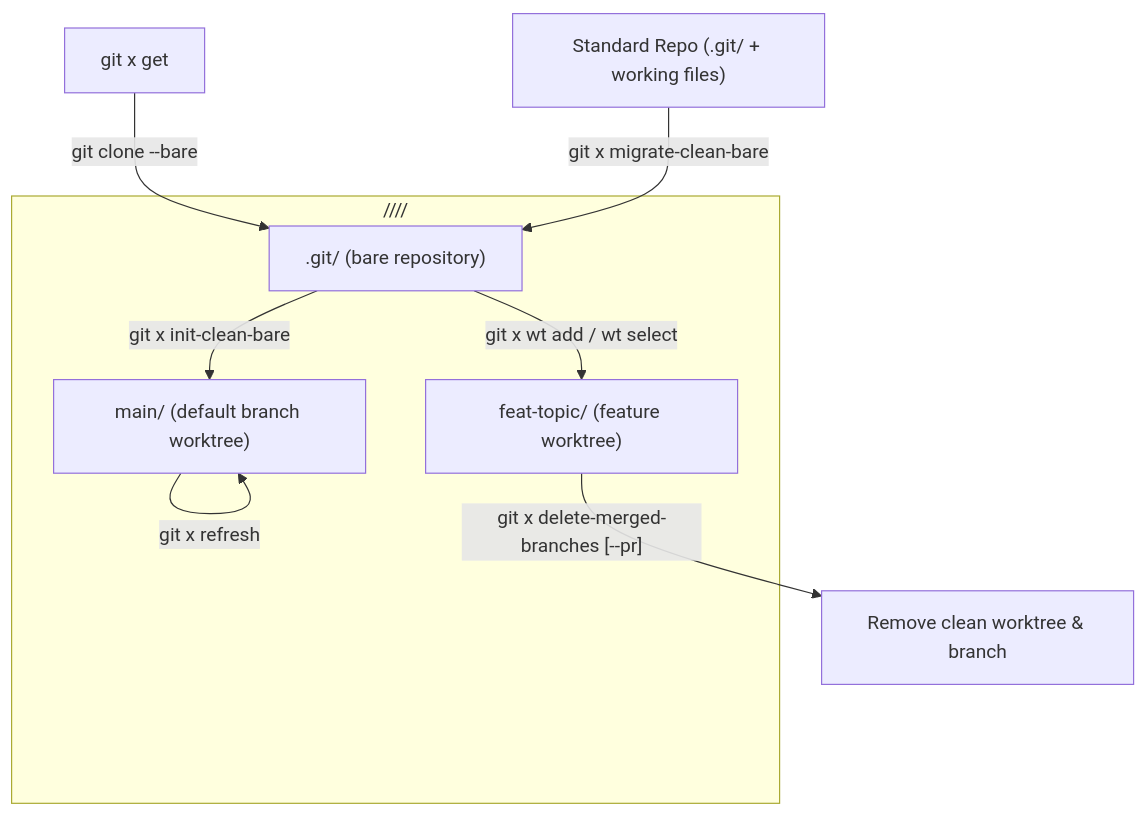
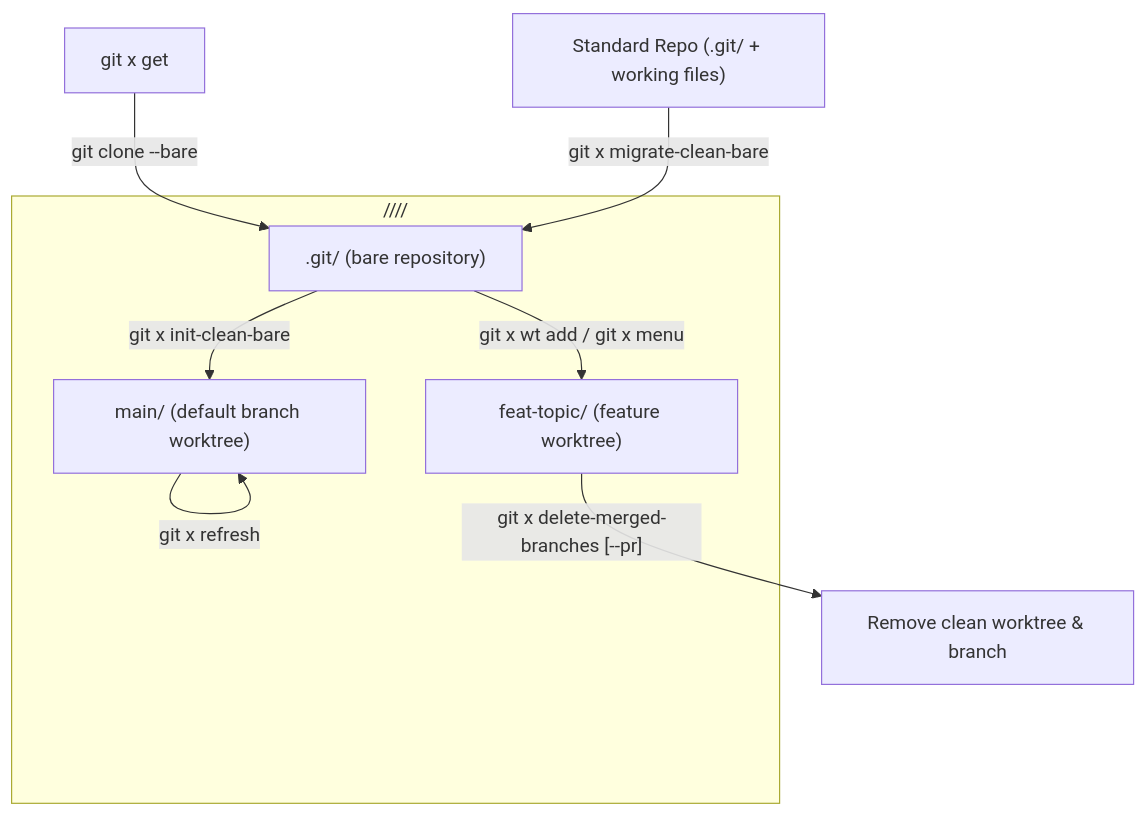
The second of 3 diagrams in pkgs/by-name/gi/git-x/README.md (kachick/dotfiles), drawn with Mermaid before and after one commit. The commit also changed other lines of this file and 18 other files, not shown here.

First line of the commit message:
Unify git-x TUI views into menu

````diff
--- a/pkgs/by-name/gi/git-x/README.md
+++ b/pkgs/by-name/gi/git-x/README.md
@@ -136,15 +119,15 @@
 ```mermaid
 flowchart TD
     subgraph Layout ["<root>/<host>/<owner>/<repo>/"]
         bare[".git/ (bare repository)"]
         wt_main["main/ (default branch worktree)"]
         wt_feat["feat-topic/ (feature worktree)"]
     end
 
     clone["git x get <spec>"] -->|"git clone --bare"| bare
     std["Standard Repo (.git/ + working files)"] -->|"git x migrate-clean-bare"| bare
     bare -->|"git x init-clean-bare"| wt_main
-    bare -->|"git x wt add / wt select"| wt_feat
+    bare -->|"git x wt add / git x menu"| wt_feat
     wt_main -->|"git x refresh"| wt_main
     wt_feat -->|"git x delete-merged-branches [--pr]"| prune["Remove clean worktree & branch"]
 ```
````
